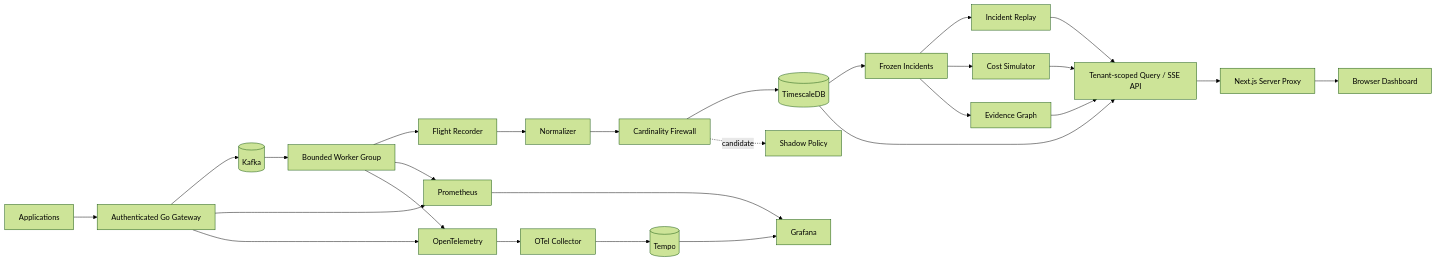
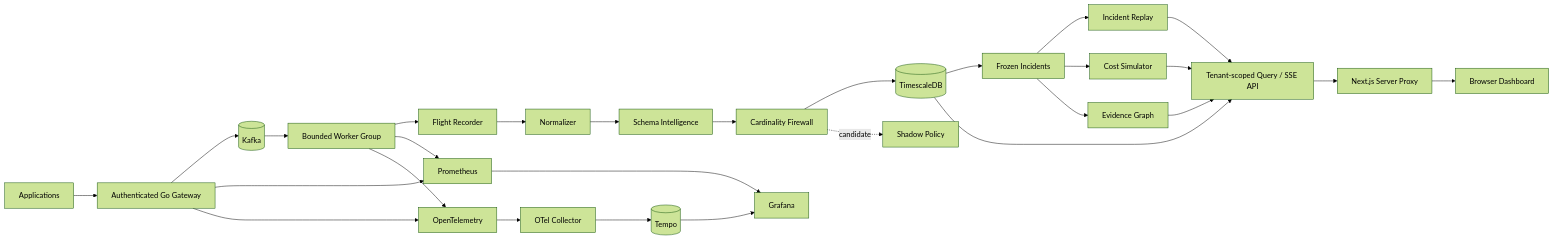
Before and after one commit to fuhrdan/TelemetryForge: the diagram in README.md, drawn with Mermaid (forest theme). The commit also changed other lines of this file and 57 other files, not shown here.

Commit message:
feat: add Schema Intelligence for v1.1.0

````diff
--- a/README.md
+++ b/README.md
@@ -115,33 +160,34 @@
 ```mermaid
 flowchart LR
     A[Applications] --> G[Authenticated Go Gateway]
     G --> K[(Kafka)]
     K --> W[Bounded Worker Group]
 
     W --> F[Flight Recorder]
     F --> N[Normalizer]
-    N --> CF[Cardinality Firewall]
+    N --> SI[Schema Intelligence]
+    SI --> CF[Cardinality Firewall]
     CF --> DB[(TimescaleDB)]
     CF -. candidate .-> SP[Shadow Policy]
 
     DB --> I[Frozen Incidents]
     I --> R[Incident Replay]
     I --> C[Cost Simulator]
     I --> EG[Evidence Graph]
 
     DB --> API[Tenant-scoped Query / SSE API]
     R --> API
     C --> API
     EG --> API
     API --> PX[Next.js Server Proxy]
     PX --> UI[Browser Dashboard]
 
     G --> PM[Prometheus]
     W --> PM
     G --> OT[OpenTelemetry]
     W --> OT
     OT --> OC[OTel Collector]
     OC --> TP[(Tempo)]
     PM --> GF[Grafana]
     TP --> GF
 ```
````
